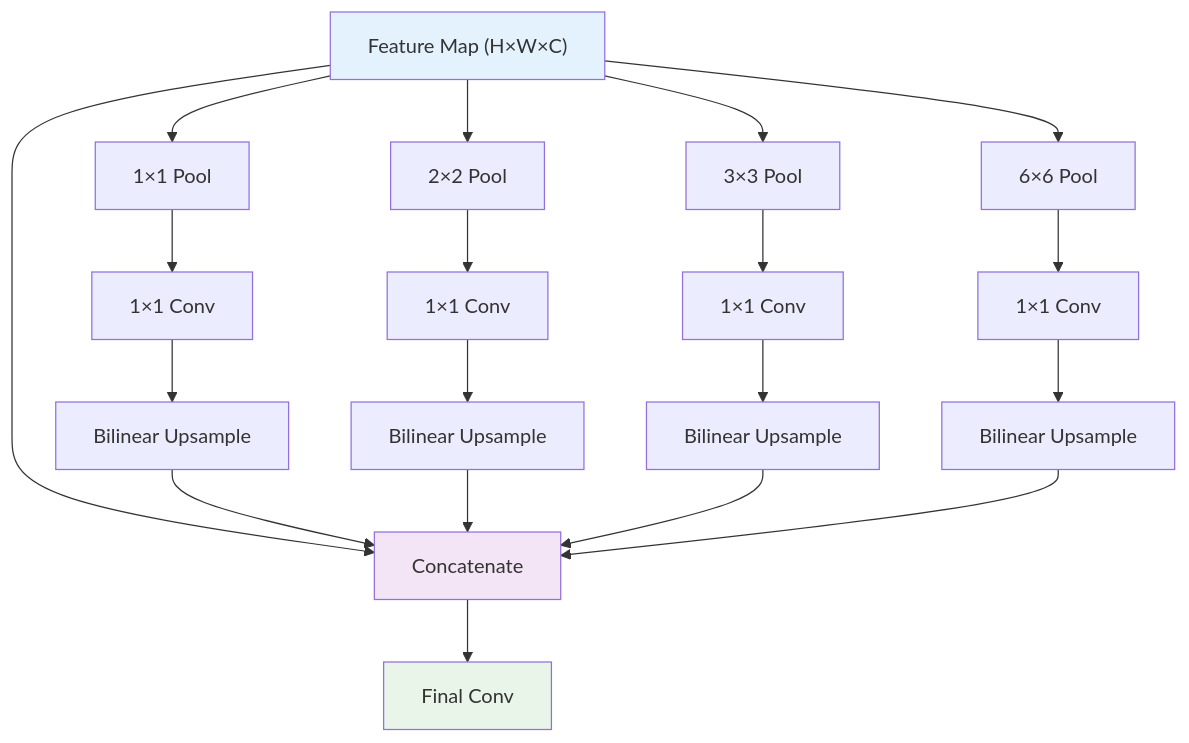
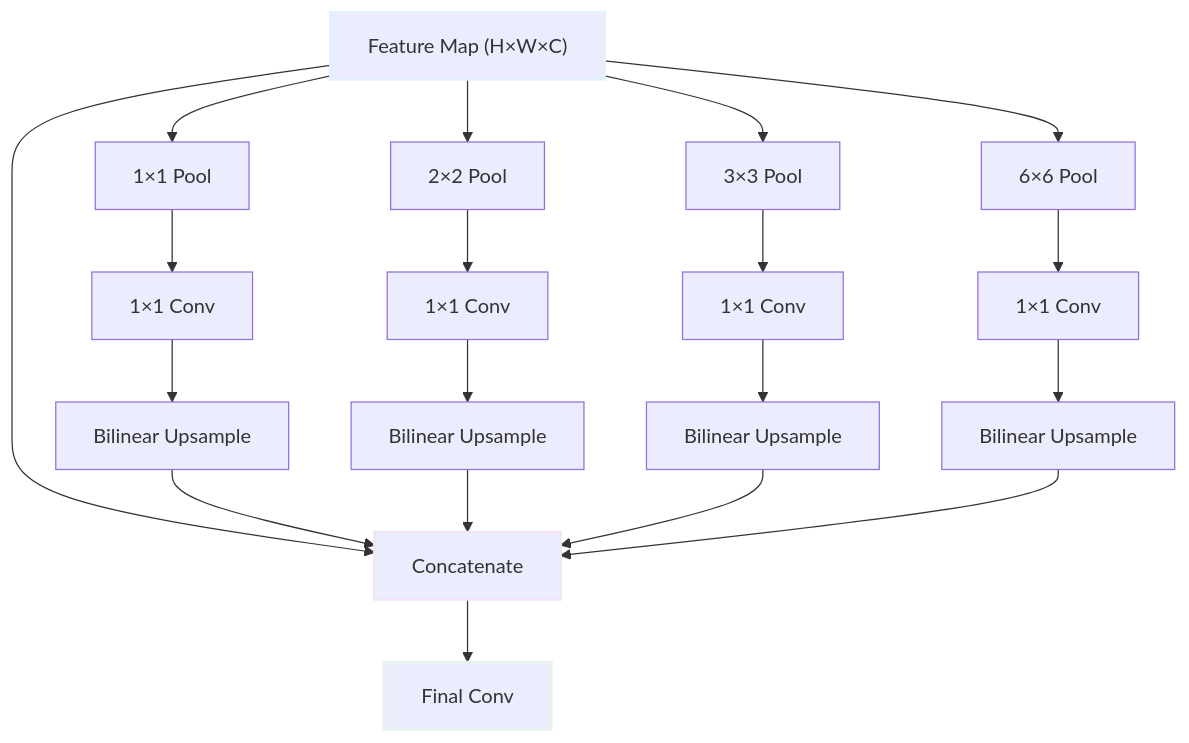
The first of 3 diagrams in 스터디/IS_10_modern_architectures.md (c0z0c/sprint_mission), drawn with Mermaid before and after one commit. The commit also changed other lines of this file and 14 other files, not shown here.

````diff
--- a/스터디/IS_10_modern_architectures.md
+++ b/스터디/IS_10_modern_architectures.md
@@ -79,25 +79,25 @@
 ```mermaid
 graph TB
     A["Feature Map (H×W×C)"] --> B["1×1 Pool"]
     A --> C["2×2 Pool"]
     A --> D["3×3 Pool"] 
     A --> E["6×6 Pool"]
     B --> F["1×1 Conv"]
     C --> G["1×1 Conv"]
     D --> H["1×1 Conv"]
     E --> I["1×1 Conv"]
     F --> J["Bilinear Upsample"]
     G --> K["Bilinear Upsample"]
     H --> L["Bilinear Upsample"]
     I --> M["Bilinear Upsample"]
     A --> N["Concatenate"]
     J --> N
     K --> N
     L --> N
     M --> N
     N --> O["Final Conv"]
     
-    style A fill:#e3f2fd
-    style N fill:#f3e5f5
-    style O fill:#e8f5e8
+    style A stroke-width:2px,stroke:#e3f2fd
+    style N stroke-width:2px,stroke:#f3e5f5
+    style O stroke-width:2px,stroke:#e8f5e8
 ```
````
